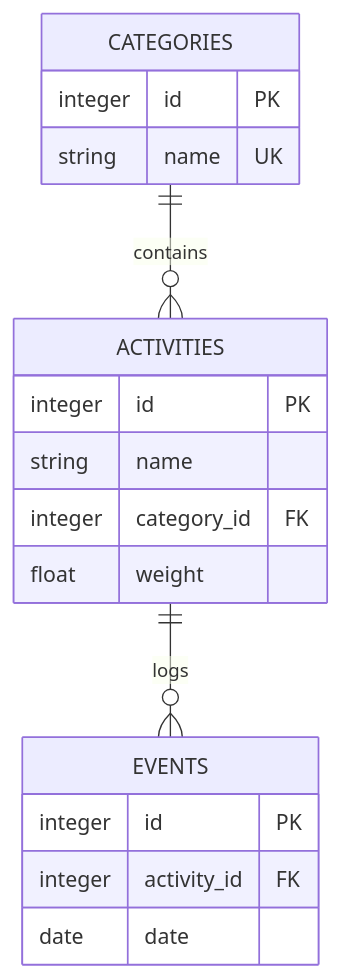
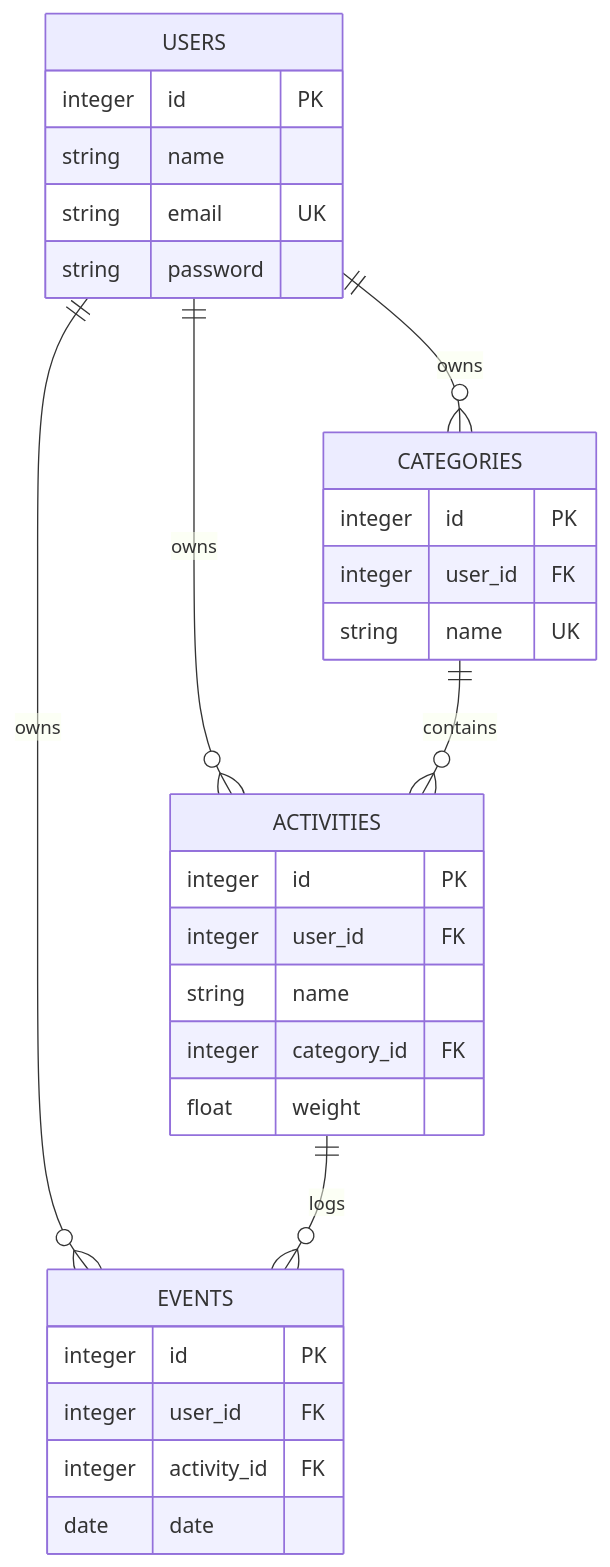
The diagram in README.md (PhySci/LifeTracker), drawn with Mermaid before and after one commit. The commit also changed other lines of this file and 14 other files, not shown here.

````diff
--- a/README.md
+++ b/README.md
@@ -30,23 +30,36 @@
 ```mermaid
 erDiagram
+    USERS ||--o{ CATEGORIES : owns
+    USERS ||--o{ ACTIVITIES : owns
+    USERS ||--o{ EVENTS : owns
     CATEGORIES ||--o{ ACTIVITIES : contains
     ACTIVITIES ||--o{ EVENTS : logs
 
+    USERS {
+        integer id PK
+        string name
+        string email UK
+        string password
+    }
+
     CATEGORIES {
         integer id PK
+        integer user_id FK
         string name UK
     }
 
     ACTIVITIES {
         integer id PK
+        integer user_id FK
         string name
         integer category_id FK
         float weight
     }
 
     EVENTS {
         integer id PK
+        integer user_id FK
         integer activity_id FK
         date date
     }
 ```
````
